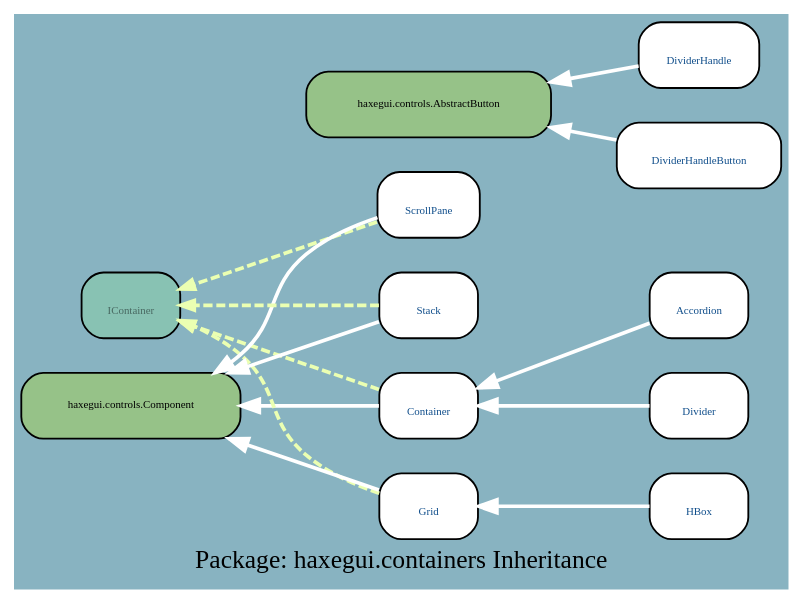
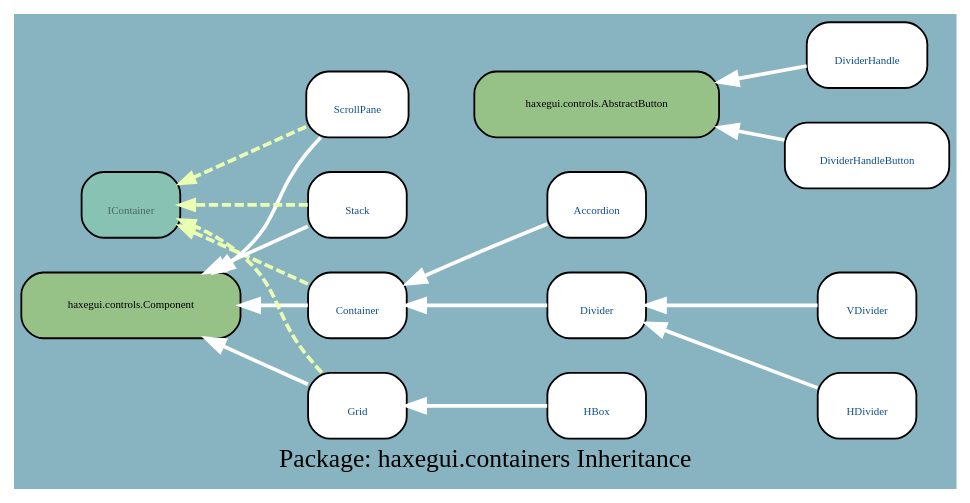
Before and after one commit to google-code-export/haxegui: the diagram in docs/uml/haxegui.containers_I.dot, drawn with Graphviz. The commit also changed 160 other files, not shown here.

```diff
--- a/docs/uml/haxegui.containers_I.dot
+++ b/docs/uml/haxegui.containers_I.dot
@@ -1,32 +1,36 @@
 digraph uml {
 	graph [label="Package: haxegui.containers Inheritance", ratio=compress, rankdir=RL, smoothing=avg_dist, overlap=compress, packMode="graph", labelloc=c, fontname="DejaVu Sans Condenesed", fontsize=14, bgcolor="#88B3C1", fontcolor=black];
 	node [label="\N", style="rounded,filled", fillcolor="#96c288", fontcolor="#104E8B", fontname="FFF Harmony", fontsize=6, shape=record, color=black];
 	edge [fontname=Sans, fontsize=8, minlen="1.2", color=black, fontcolor=black];
-	graph [lp="210,12",
-		bb="0,0,420,304"];
+	graph [lp="256,12",
+		bb="0,0,512,250"];
 	"haxegui.containers.IContainer" [label="{\nIContainer}", fillcolor="#88c2b3", fontcolor="#496962", URL="../types/haxegui/containers/IContainer.html", tooltip="\nIContainer", portPos=w, pos="60,151", rects="33,133,87,169", width="0.75", height="0.50"];
-	"haxegui.containers.Container" [label="{\nContainer}", fillcolor=white, URL="../types/haxegui/containers/Container.html", tooltip="\nContainer", portPos=w, pos="224,97", rects="197,79,251,115", width="0.75", height="0.50"];
+	"haxegui.containers.Container" [label="{\nContainer}", fillcolor=white, URL="../types/haxegui/containers/Container.html", tooltip="\nContainer", portPos=w, pos="184,97", rects="157,79,211,115", width="0.75", height="0.50"];
 	"haxegui.controls.Component" [fontcolor=black, pos="60,97", rects="0,79,120,115", width="1.67", height="0.50"];
-	"haxegui.containers.Grid" [label="{\nGrid}", fillcolor=white, URL="../types/haxegui/containers/Grid.html", tooltip="\nGrid", portPos=w, pos="224,43", rects="197,25,251,61", width="0.75", height="0.50"];
-	"haxegui.containers.HBox" [label="{\nHBox}", fillcolor=white, URL="../types/haxegui/containers/HBox.html", tooltip="\nHBox", portPos=w, pos="374,43", rects="347,25,401,61", width="0.75", height="0.50"];
-	"haxegui.containers.ScrollPane" [label="{\nScrollPane}", fillcolor=white, URL="../types/haxegui/containers/ScrollPane.html", tooltip="\nScrollPane", portPos=w, pos="224,205", rects="196,187,252,223", width="0.78", height="0.50"];
-	"haxegui.containers.Stack" [label="{\nStack}", fillcolor=white, URL="../types/haxegui/containers/Stack.html", tooltip="\nStack", portPos=w, pos="224,151", rects="197,133,251,169", width="0.75", height="0.50"];
-	"haxegui.containers.DividerHandle" [label="{\nDividerHandle}", fillcolor=white, URL="../types/haxegui/containers/DividerHandle.html", tooltip="\nDividerHandle", portPos=w, pos="374,286", rects="341,268,407,304", width="0.92", height="0.50"];
-	"haxegui.controls.AbstractButton" [fontcolor=black, pos="224,259", rects="157,241,292,277", width="1.86", height="0.50"];
-	"haxegui.containers.DividerHandleButton" [label="{\nDividerHandleButton}", fillcolor=white, URL="../types/haxegui/containers/DividerHandleButton.html", tooltip="\nDividerHandleButton", portPos=w, pos="374,232", rects="329,214,420,250", width="1.25", height="0.50"];
-	"haxegui.containers.Divider" [label="{\nDivider}", fillcolor=white, URL="../types/haxegui/containers/Divider.html", tooltip="\nDivider", portPos=w, pos="374,97", rects="347,79,401,115", width="0.75", height="0.50"];
-	"haxegui.containers.Accordion" [label="{\nAccordion}", fillcolor=white, URL="../types/haxegui/containers/Accordion.html", tooltip="\nAccordion", portPos=w, pos="374,151", rects="347,133,401,169", width="0.75", height="0.50"];
-	"haxegui.containers.Container" -> "haxegui.controls.Component" [color=white, style=bold, arrowhead=normal, arrowsize="1.0", pos="e,120,97 197,97 179,97 154,97 130,97"];
-	"haxegui.containers.Container" -> "haxegui.containers.IContainer" [color="#ebffb2", style="dashed, bold", arrowhead=normal, arrowsize="0.75", pos="e,87,142 197,106 168,115 125,130 94,140"];
-	"haxegui.containers.Grid" -> "haxegui.controls.Component" [color=white, style=bold, arrowhead=normal, arrowsize="1.0", pos="e,115,79 197,52 178,58 150,67 125,76"];
-	"haxegui.containers.Grid" -> "haxegui.containers.IContainer" [color="#ebffb2", style="dashed, bold", arrowhead=normal, arrowsize="0.75", pos="e,87,142 197,50 183,54 168,61 156,70 133,88 142,105 120,124 112,130 103,135 94,139"];
-	"haxegui.containers.HBox" -> "haxegui.containers.Grid" [color=white, style=bold, arrowhead=normal, arrowsize="1.0", pos="e,251,43 347,43 323,43 288,43 261,43"];
-	"haxegui.containers.ScrollPane" -> "haxegui.controls.Component" [color=white, style=bold, arrowhead=normal, arrowsize="1.0", pos="e,107,115 196,198 183,194 167,187 156,178 133,159 142,142 120,124 119,123 117,122 115,121"];
-	"haxegui.containers.ScrollPane" -> "haxegui.containers.IContainer" [color="#ebffb2", style="dashed, bold", arrowhead=normal, arrowsize="0.75", pos="e,87,160 196,196 167,187 124,172 94,162"];
-	"haxegui.containers.Stack" -> "haxegui.controls.Component" [color=white, style=bold, arrowhead=normal, arrowsize="1.0", pos="e,115,115 197,142 178,136 150,127 125,118"];
-	"haxegui.containers.Stack" -> "haxegui.containers.IContainer" [color="#ebffb2", style="dashed, bold", arrowhead=normal, arrowsize="0.75", pos="e,87,151 197,151 169,151 125,151 95,151"];
-	"haxegui.containers.DividerHandle" -> "haxegui.controls.AbstractButton" [color=white, style=bold, arrowhead=normal, arrowsize="1.0", pos="e,292,271 341,280 330,278 316,275 302,273"];
-	"haxegui.containers.DividerHandleButton" -> "haxegui.controls.AbstractButton" [color=white, style=bold, arrowhead=normal, arrowsize="1.0", pos="e,292,247 329,240 320,241 311,243 302,245"];
-	"haxegui.containers.Divider" -> "haxegui.containers.Container" [color=white, style=bold, arrowhead=normal, arrowsize="1.0", pos="e,251,97 347,97 323,97 288,97 261,97"];
-	"haxegui.containers.Accordion" -> "haxegui.containers.Container" [color=white, style=bold, arrowhead=normal, arrowsize="1.0", pos="e,251,107 347,141 323,133 287,120 261,111"];
+	"haxegui.containers.Grid" [label="{\nGrid}", fillcolor=white, URL="../types/haxegui/containers/Grid.html", tooltip="\nGrid", portPos=w, pos="184,43", rects="157,25,211,61", width="0.75", height="0.50"];
+	"haxegui.containers.HBox" [label="{\nHBox}", fillcolor=white, URL="../types/haxegui/containers/HBox.html", tooltip="\nHBox", portPos=w, pos="316,43", rects="289,25,343,61", width="0.75", height="0.50"];
+	"haxegui.containers.ScrollPane" [label="{\nScrollPane}", fillcolor=white, URL="../types/haxegui/containers/ScrollPane.html", tooltip="\nScrollPane", portPos=w, pos="184,205", rects="156,187,212,223", width="0.78", height="0.50"];
+	"haxegui.containers.Stack" [label="{\nStack}", fillcolor=white, URL="../types/haxegui/containers/Stack.html", tooltip="\nStack", portPos=w, pos="184,151", rects="157,133,211,169", width="0.75", height="0.50"];
+	"haxegui.containers.DividerHandle" [label="{\nDividerHandle}", fillcolor=white, URL="../types/haxegui/containers/DividerHandle.html", tooltip="\nDividerHandle", portPos=w, pos="466,232", rects="433,214,499,250", width="0.92", height="0.50"];
+	"haxegui.controls.AbstractButton" [fontcolor=black, pos="316,205", rects="249,187,384,223", width="1.86", height="0.50"];
+	"haxegui.containers.DividerHandleButton" [label="{\nDividerHandleButton}", fillcolor=white, URL="../types/haxegui/containers/DividerHandleButton.html", tooltip="\nDividerHandleButton", portPos=w, pos="466,178", rects="421,160,512,196", width="1.25", height="0.50"];
+	"haxegui.containers.Divider" [label="{\nDivider}", fillcolor=white, URL="../types/haxegui/containers/Divider.html", tooltip="\nDivider", portPos=w, pos="316,97", rects="289,79,343,115", width="0.75", height="0.50"];
+	"haxegui.containers.VDivider" [label="{\nVDivider}", fillcolor=white, URL="../types/haxegui/containers/VDivider.html", tooltip="\nVDivider", portPos=w, pos="466,110", rects="439,92,493,128", width="0.75", height="0.50"];
+	"haxegui.containers.HDivider" [label="{\nHDivider}", fillcolor=white, URL="../types/haxegui/containers/HDivider.html", tooltip="\nHDivider", portPos=w, pos="466,56", rects="439,38,493,74", width="0.75", height="0.50"];
+	"haxegui.containers.Accordion" [label="{\nAccordion}", fillcolor=white, URL="../types/haxegui/containers/Accordion.html", tooltip="\nAccordion", portPos=w, pos="316,151", rects="289,133,343,169", width="0.75", height="0.50"];
+	"haxegui.containers.Container" -> "haxegui.controls.Component" [color=white, style=bold, arrowhead=normal, arrowsize="1.0", pos="e,120,97 157,97 149,97 140,97 130,97"];
+	"haxegui.containers.Container" -> "haxegui.containers.IContainer" [color="#ebffb2", style="dashed, bold", arrowhead=normal, arrowsize="0.75", pos="e,87,139 157,109 138,117 114,127 94,136"];
+	"haxegui.containers.Grid" -> "haxegui.controls.Component" [color=white, style=bold, arrowhead=normal, arrowsize="1.0", pos="e,102,79 157,55 144,61 127,68 112,75"];
+	"haxegui.containers.Grid" -> "haxegui.containers.IContainer" [color="#ebffb2", style="dashed, bold", arrowhead=normal, arrowsize="0.75", pos="e,87,142 164,61 161,64 158,67 156,70 137,92 142,105 120,124 112,130 103,135 94,139"];
+	"haxegui.containers.HBox" -> "haxegui.containers.Grid" [color=white, style=bold, arrowhead=normal, arrowsize="1.0", pos="e,211,43 289,43 269,43 243,43 221,43"];
+	"haxegui.containers.ScrollPane" -> "haxegui.controls.Component" [color=white, style=bold, arrowhead=normal, arrowsize="1.0", pos="e,107,115 164,187 161,184 158,181 156,178 137,155 142,142 120,124 119,123 117,122 115,121"];
+	"haxegui.containers.ScrollPane" -> "haxegui.containers.IContainer" [color="#ebffb2", style="dashed, bold", arrowhead=normal, arrowsize="0.75", pos="e,87,163 156,193 137,185 113,175 94,166"];
+	"haxegui.containers.Stack" -> "haxegui.controls.Component" [color=white, style=bold, arrowhead=normal, arrowsize="1.0", pos="e,102,115 157,139 144,133 127,126 112,119"];
+	"haxegui.containers.Stack" -> "haxegui.containers.IContainer" [color="#ebffb2", style="dashed, bold", arrowhead=normal, arrowsize="0.75", pos="e,87,151 157,151 138,151 114,151 95,151"];
+	"haxegui.containers.DividerHandle" -> "haxegui.controls.AbstractButton" [color=white, style=bold, arrowhead=normal, arrowsize="1.0", pos="e,384,217 433,226 422,224 408,221 394,219"];
+	"haxegui.containers.DividerHandleButton" -> "haxegui.controls.AbstractButton" [color=white, style=bold, arrowhead=normal, arrowsize="1.0", pos="e,384,193 421,186 412,187 403,189 394,191"];
+	"haxegui.containers.Divider" -> "haxegui.containers.Container" [color=white, style=bold, arrowhead=normal, arrowsize="1.0", pos="e,211,97 289,97 269,97 243,97 221,97"];
+	"haxegui.containers.VDivider" -> "haxegui.containers.Divider" [color=white, style=bold, arrowhead=normal, arrowsize="1.0", pos="e,343,99 439,108 415,105 380,103 353,100"];
+	"haxegui.containers.HDivider" -> "haxegui.containers.Divider" [color=white, style=bold, arrowhead=normal, arrowsize="1.0", pos="e,343,90 439,63 415,70 379,80 353,87"];
+	"haxegui.containers.Accordion" -> "haxegui.containers.Container" [color=white, style=bold, arrowhead=normal, arrowsize="1.0", pos="e,211,109 289,140 276,135 261,129 248,124 239,120 230,116 221,113"];
 }
```
